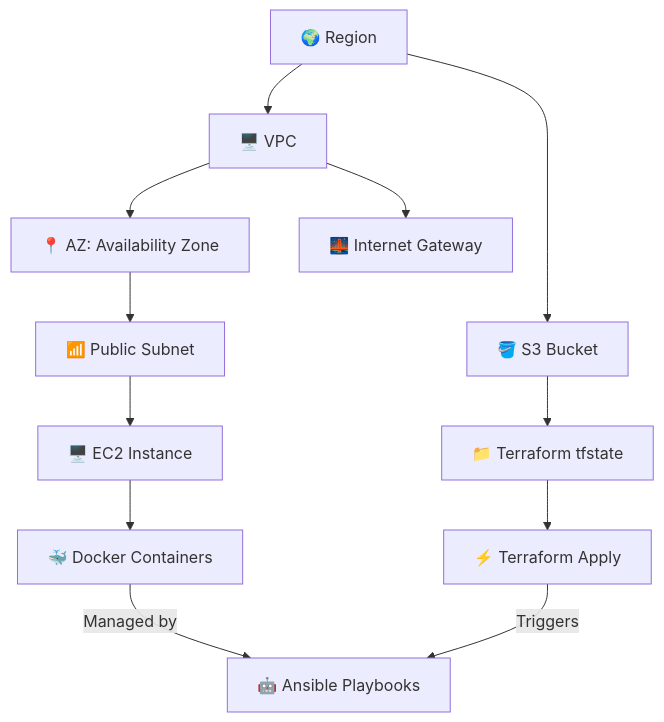
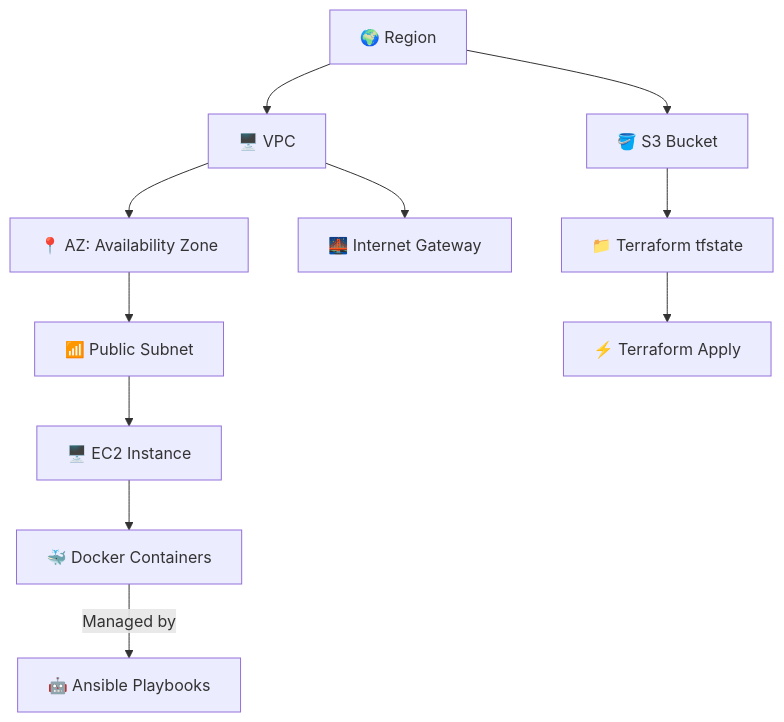
The diagram in README.md (Mariam-Hegazy-55/Docker-App-Deployment-on-AWS-using-Ansible-Terraform), drawn with Mermaid before and after one commit.

````diff
--- a/README.md
+++ b/README.md
@@ -15,14 +15,13 @@
 ``` mermaid
 graph TD
   A[🌍 Region] --> B[🖥️ VPC]
     B --> C[📍 AZ: Availability Zone]
     C --> D[📶 Public Subnet]
     D --> E[🖥️ EC2 Instance]
     E --> F[🐳 Docker Containers]
     F -->|Managed by| G[🤖 Ansible Playbooks]
     B --> H[🌉 Internet Gateway]
     A --> I[🪣 S3 Bucket]
     I --> J[📁 Terraform tfstate]
     J --> K[⚡ Terraform Apply]
-    K -->|Triggers| G
 ```
````
